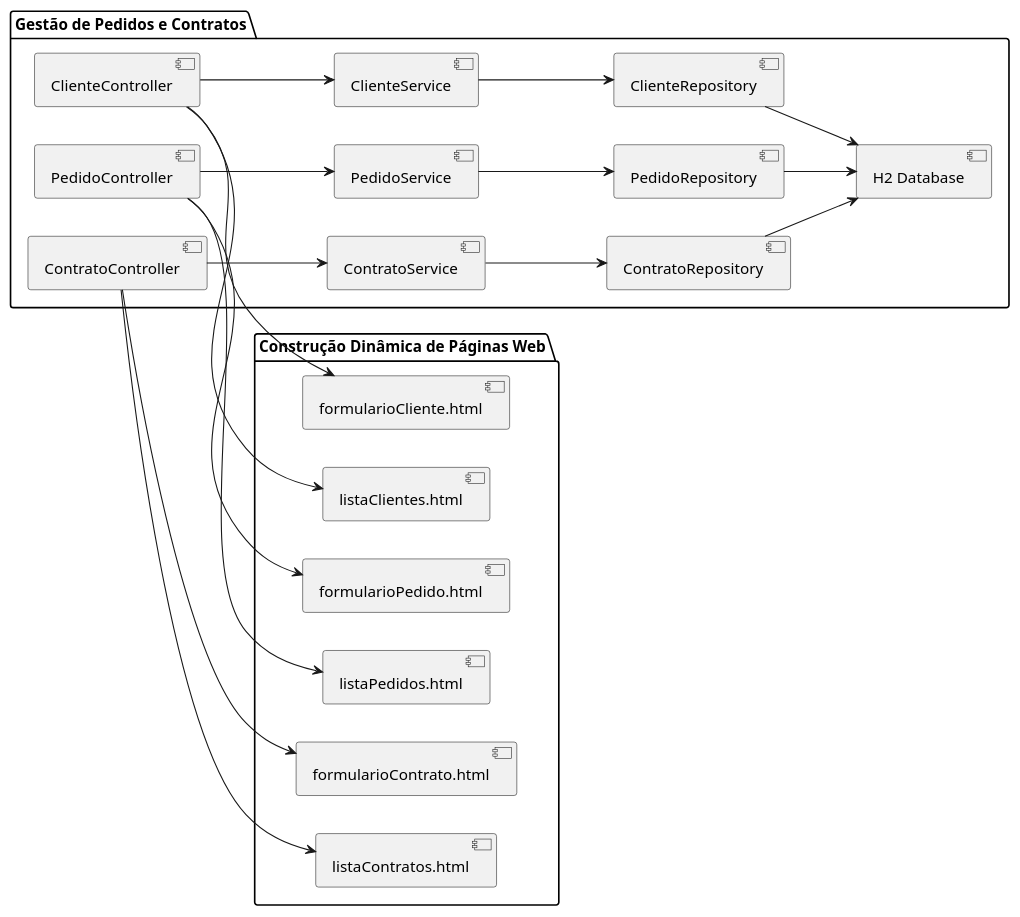
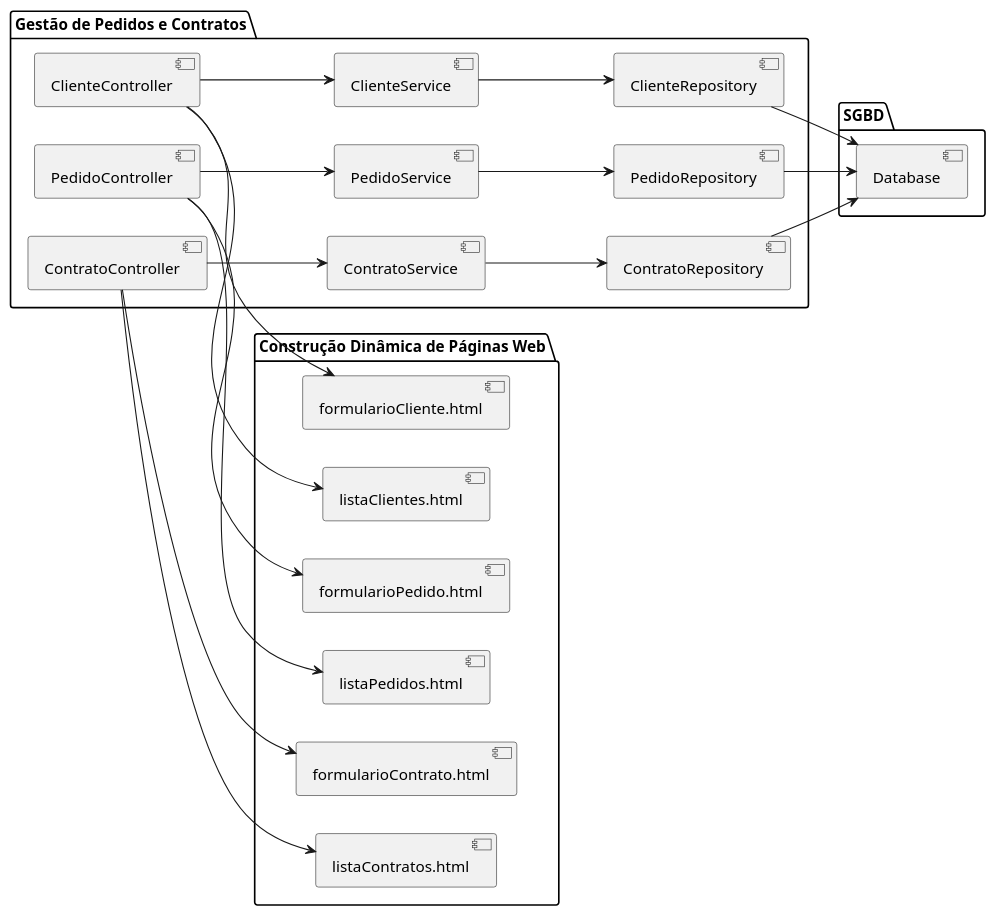
One commit to PedroRamos98/Aluguel-De-Carros changed the diagram in project/code/DiagramaDeComponentes.puml. Above: the diagram before and after it, drawn with PlantUML.

Commit message:
Correção DiagramaDeComponentes

```diff
--- a/project/code/DiagramaDeComponentes.puml
+++ b/project/code/DiagramaDeComponentes.puml
@@ -1,45 +1,49 @@
 @startuml
 
 left to right direction
 package "Gestão de Pedidos e Contratos" {
   [ClienteController]
   [PedidoController]
   [ContratoController]
   [ClienteService]
   [PedidoService]
   [ContratoService]
   [ClienteRepository]
   [PedidoRepository]
   [ContratoRepository]
-  [H2 Database]
+
 }
+
+package "SGBD"{
+  [Database]
+ }
 
 package "Construção Dinâmica de Páginas Web" {
   [formularioCliente.html]
   [listaClientes.html]
   [formularioPedido.html]
   [listaPedidos.html]
   [formularioContrato.html]
   [listaContratos.html]
 }
 
 [ClienteController] --> [ClienteService]
 [PedidoController] --> [PedidoService]
 [ContratoController] --> [ContratoService]
 
 [ClienteService] --> [ClienteRepository]
 [PedidoService] --> [PedidoRepository]
 [ContratoService] --> [ContratoRepository]
 
-[ClienteRepository] --> [H2 Database]
-[PedidoRepository] --> [H2 Database]
-[ContratoRepository] --> [H2 Database]
+[ClienteRepository] --> [Database]
+[PedidoRepository] --> [Database]
+[ContratoRepository] --> [Database]
 
 [ClienteController] --> [formularioCliente.html]
 [ClienteController] --> [listaClientes.html]
 [PedidoController] --> [formularioPedido.html]
 [PedidoController] --> [listaPedidos.html]
 [ContratoController] --> [formularioContrato.html]
 [ContratoController] --> [listaContratos.html]
 
 @enduml
```
